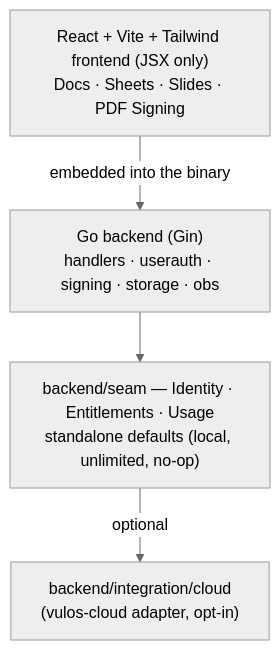
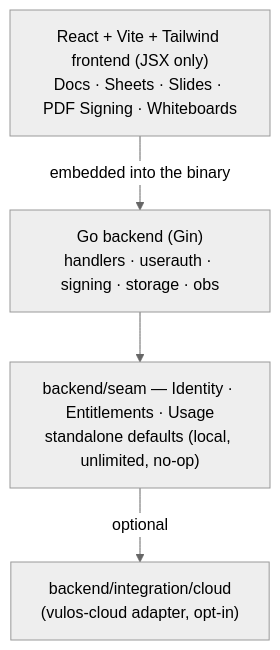
Before and after one commit to vul-os/ofisi: the diagram in README.md, drawn with Mermaid (neutral theme). The commit also changed other lines of this file and 40 other files, not shown here.

````diff
--- a/README.md
+++ b/README.md
@@ -166,10 +169,10 @@
 ```mermaid
 flowchart TD
-    FE["React + Vite + Tailwind frontend (JSX only)<br/>Docs · Sheets · Slides · PDF Signing"]
+    FE["React + Vite + Tailwind frontend (JSX only)<br/>Docs · Sheets · Slides · PDF Signing · Whiteboards"]
     BE["Go backend (Gin)<br/>handlers · userauth · signing · storage · obs"]
     Seam["backend/seam — Identity · Entitlements · Usage<br/>standalone defaults (local, unlimited, no-op)"]
     Cloud["backend/integration/cloud<br/>(vulos-cloud adapter, opt-in)"]
     FE -->|"embedded into the binary"| BE
     BE --> Seam
     Seam -->|optional| Cloud
 ```
````
